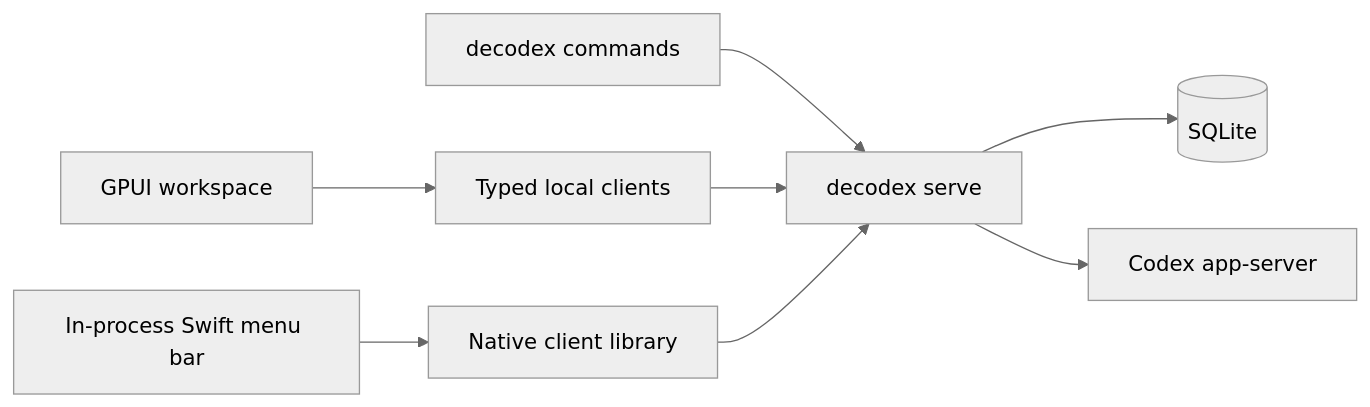
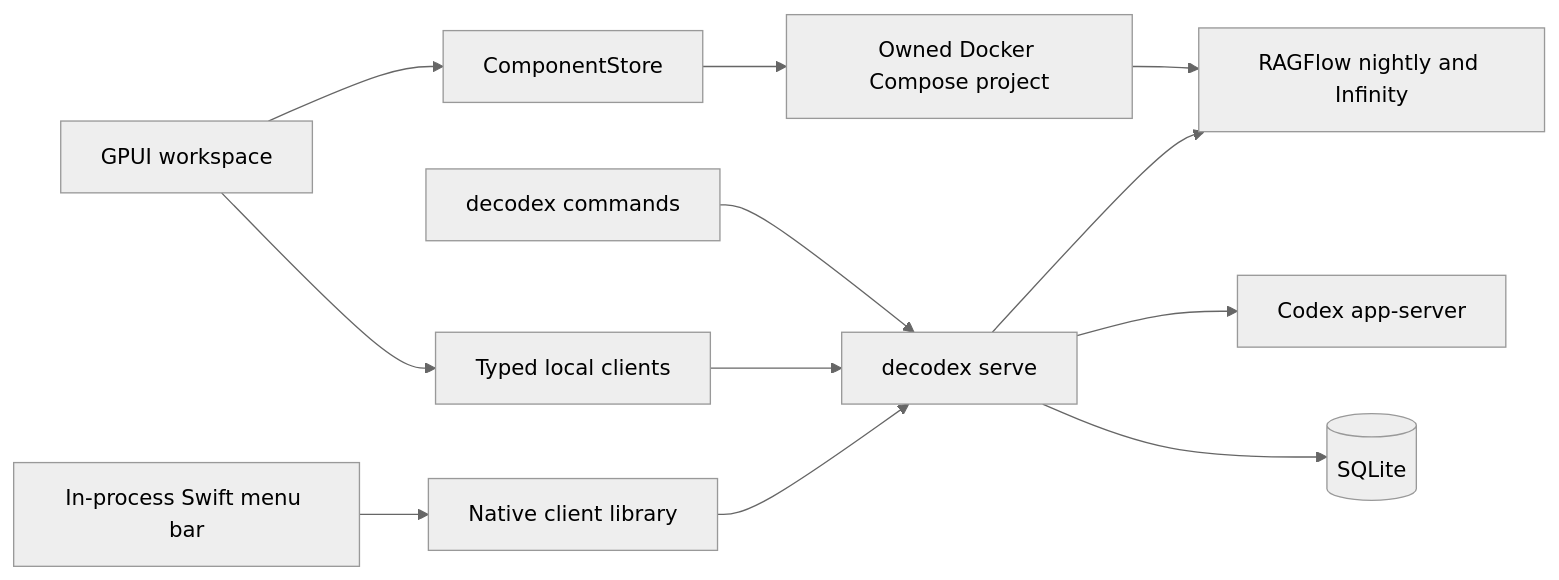
Before and after one commit to acg-box/decodex: the diagram in openwiki/architecture/runtime-architecture.md, drawn with Mermaid (neutral theme). The commit also changed other lines of this file and 37 other files, not shown here.

Commit message:
Manage RAGFlow nightly through shared component controls

````diff
--- a/openwiki/architecture/runtime-architecture.md
+++ b/openwiki/architecture/runtime-architecture.md
@@ -173,10 +177,14 @@
 ```mermaid
 flowchart LR
     UI[GPUI workspace] --> Client[Typed local clients]
     Menu[In-process Swift menu bar] --> FFI[Native client library]
     CLI[decodex commands] --> Service[decodex serve]
     Client --> Service
     FFI --> Service
     Service --> DB[(SQLite)]
     Service --> Codex[Codex app-server]
+    UI --> Components[ComponentStore]
+    Components --> Docker[Owned Docker Compose project]
+    Docker --> RAG[RAGFlow nightly and Infinity]
+    Service --> RAG
 ```
````
